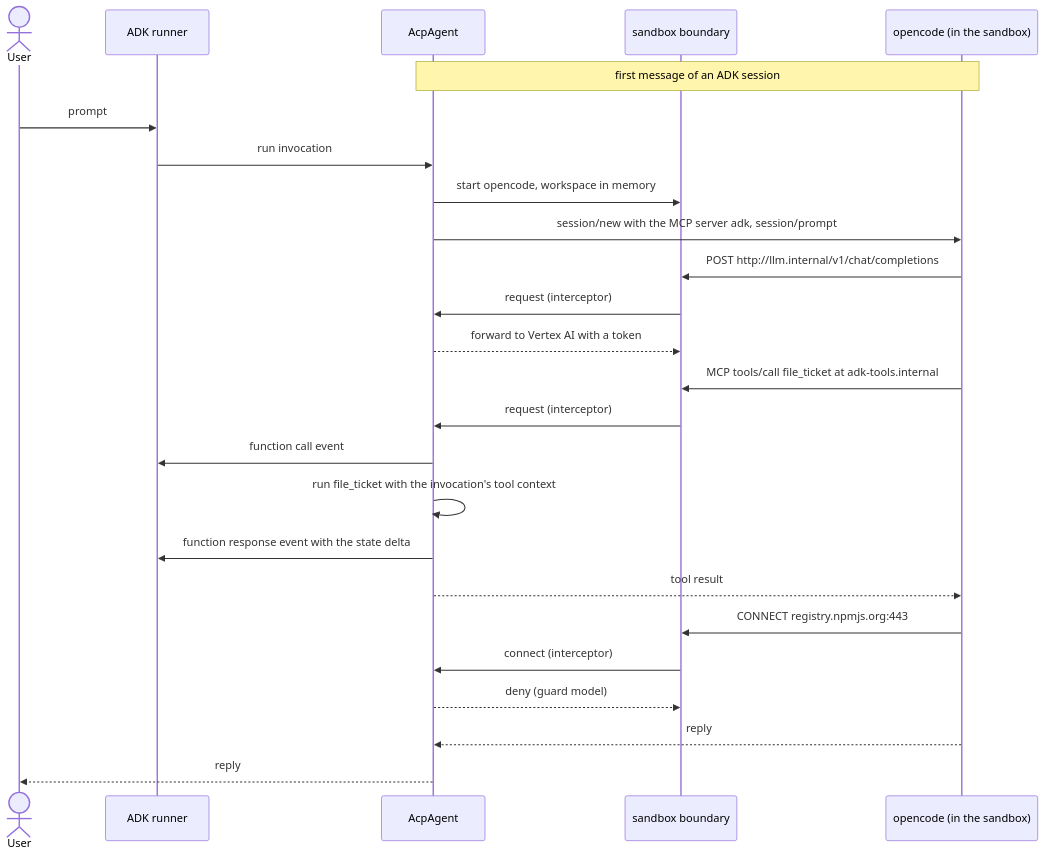
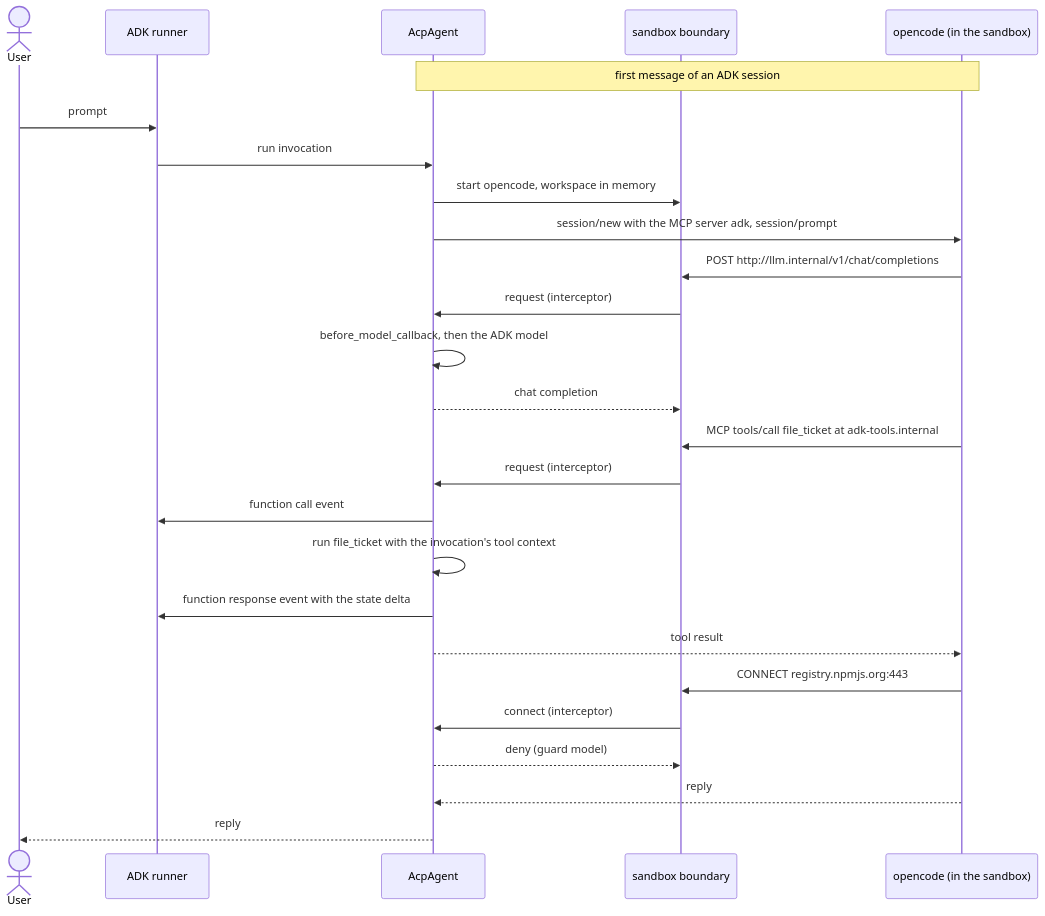
Before and after one commit to a2aproject/a2a-serve: the diagram in python/samples/adk_sandbox_coder/README.md, drawn with Mermaid. The commit also changed other lines of this file and 8 other files, not shown here.

First line of the commit message:
feat(python): an ADK model as the coding agent's model, and the sandbox in AcpAgent's config

````diff
--- a/python/samples/adk_sandbox_coder/README.md
+++ b/python/samples/adk_sandbox_coder/README.md
@@ -12,28 +25,29 @@
 ```mermaid
 sequenceDiagram
     actor User
     participant ADK as ADK runner
     participant Agent as AcpAgent
     participant Boundary as sandbox boundary
     participant Harness as opencode (in the sandbox)
 
     Note over Agent,Harness: first message of an ADK session
     User->>ADK: prompt
     ADK->>Agent: run invocation
     Agent->>Boundary: start opencode, workspace in memory
     Agent->>Harness: session/new with the MCP server adk, session/prompt
     Harness->>Boundary: POST http://llm.internal/v1/chat/completions
     Boundary->>Agent: request (interceptor)
-    Agent-->>Boundary: forward to Vertex AI with a token
+    Agent->>Agent: before_model_callback, then the ADK model
+    Agent-->>Boundary: chat completion
     Harness->>Boundary: MCP tools/call file_ticket at adk-tools.internal
     Boundary->>Agent: request (interceptor)
     Agent->>ADK: function call event
     Agent->>Agent: run file_ticket with the invocation's tool context
     Agent->>ADK: function response event with the state delta
     Agent-->>Harness: tool result
     Harness->>Boundary: CONNECT registry.npmjs.org:443
     Boundary->>Agent: connect (interceptor)
     Agent-->>Boundary: deny (guard model)
     Harness-->>Agent: reply
     Agent-->>User: reply
 ```
````
